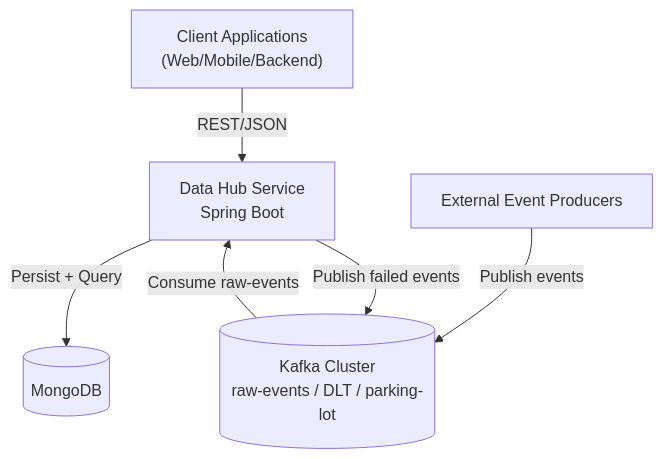
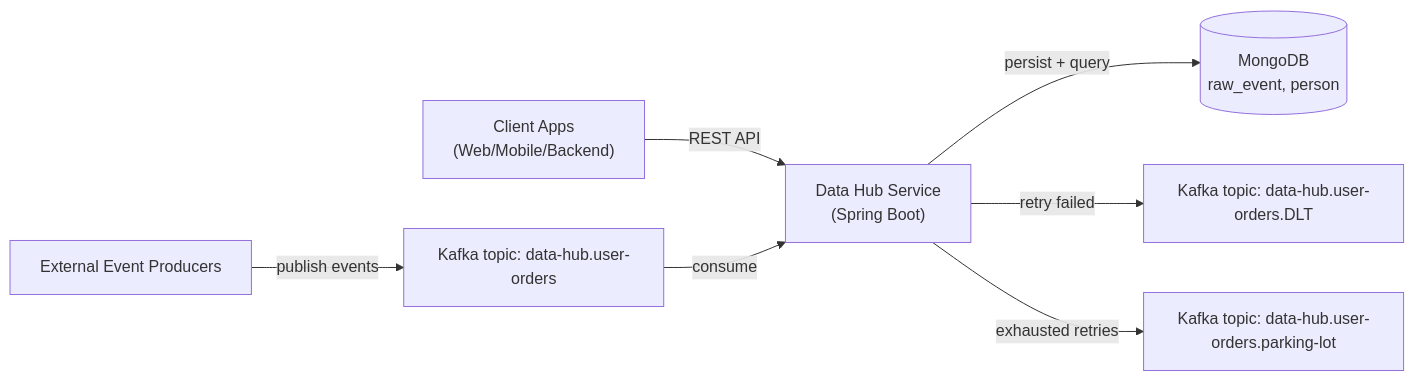
Before and after one commit to nguyentrongvy151995/data-hub: the first of 3 diagrams in README.md, drawn with Mermaid. The commit also changed other lines of this file, not shown here.

````diff
--- a/README.md
+++ b/README.md
@@ -19,14 +19,17 @@
 ```mermaid
-flowchart TB
-    Client["Client Applications\n(Web/Mobile/Backend)"]
+flowchart LR
+    Client["Client Apps\n(Web/Mobile/Backend)"]
     Producer["External Event Producers"]
-    Kafka[("Kafka Cluster\nraw-events / DLT / parking-lot")]
-    DataHub["Data Hub Service\nSpring Boot"]
-    Mongo[("MongoDB")]
+    Service["Data Hub Service\n(Spring Boot)"]
+    Raw["Kafka topic: data-hub.user-orders"]
+    Dlt["Kafka topic: data-hub.user-orders.DLT"]
+    Park["Kafka topic: data-hub.user-orders.parking-lot"]
+    Mongo[("MongoDB\nraw_event, person")]
 
-    Client -- "REST/JSON" --> DataHub
-    Producer -- "Publish events" --> Kafka
-    Kafka -- "Consume raw-events" --> DataHub
-    DataHub -- "Persist + Query" --> Mongo
-    DataHub -- "Publish failed events" --> Kafka
+    Client -->|REST API| Service
+    Producer -->|publish events| Raw
+    Raw -->|consume| Service
+    Service -->|persist + query| Mongo
+    Service -->|retry failed| Dlt
+    Service -->|exhausted retries| Park
 ```
````
